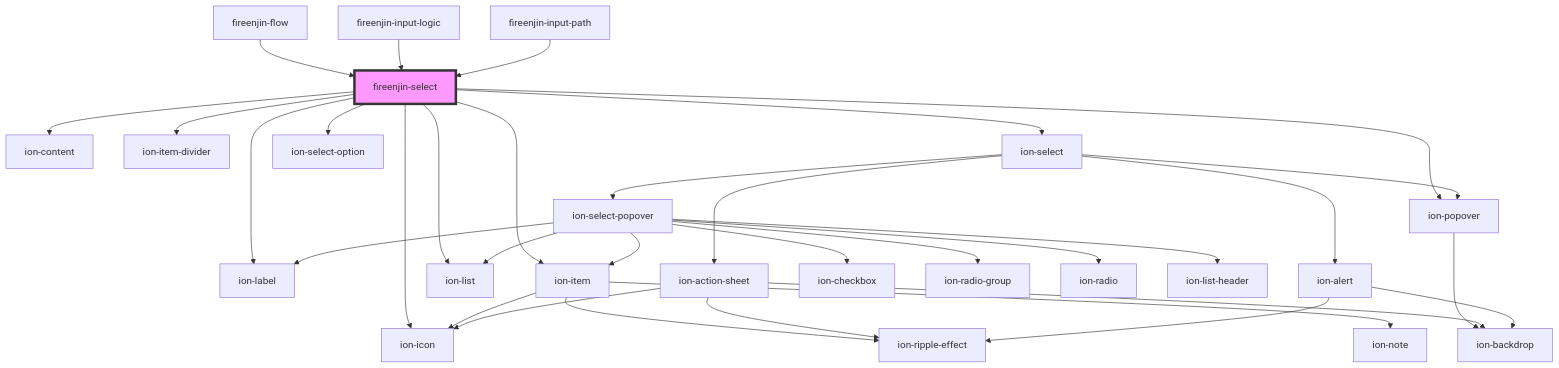
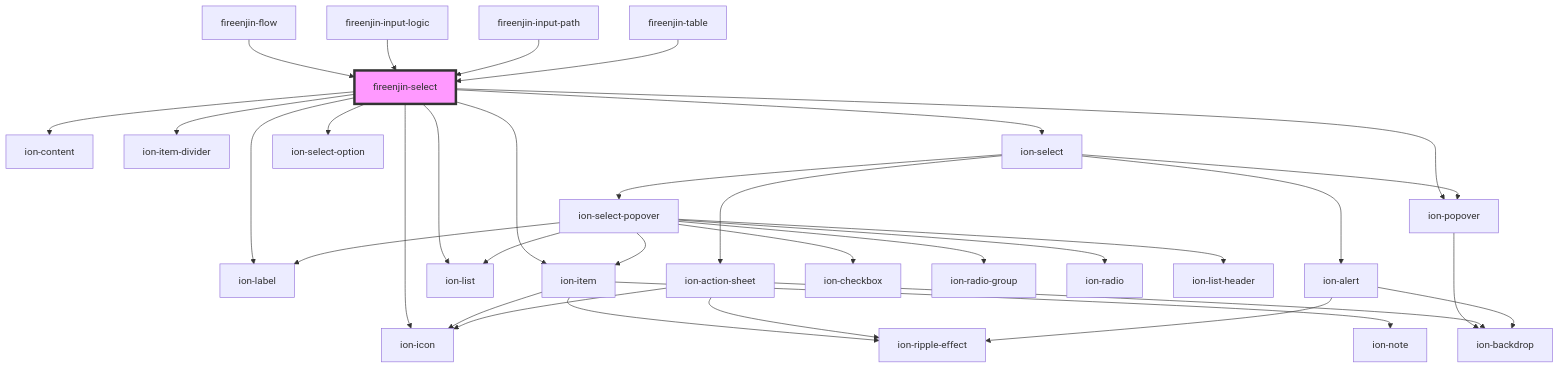
One commit to FireEnjin/Components changed the diagram in src/components/select/readme.md. Above: the diagram before and after it, drawn with Mermaid. The commit also changed other lines of this file and 15 other files, not shown here.

````diff
--- a/src/components/select/readme.md
+++ b/src/components/select/readme.md
@@ -73,36 +74,37 @@
 ```mermaid
 graph TD;
   fireenjin-select --> ion-label
   fireenjin-select --> ion-item
   fireenjin-select --> ion-popover
   fireenjin-select --> ion-content
   fireenjin-select --> ion-list
   fireenjin-select --> ion-item-divider
   fireenjin-select --> ion-select
   fireenjin-select --> ion-select-option
   fireenjin-select --> ion-icon
   ion-item --> ion-icon
   ion-item --> ion-ripple-effect
   ion-item --> ion-note
   ion-popover --> ion-backdrop
   ion-select --> ion-select-popover
   ion-select --> ion-popover
   ion-select --> ion-action-sheet
   ion-select --> ion-alert
   ion-select-popover --> ion-item
   ion-select-popover --> ion-checkbox
   ion-select-popover --> ion-label
   ion-select-popover --> ion-radio-group
   ion-select-popover --> ion-radio
   ion-select-popover --> ion-list
   ion-select-popover --> ion-list-header
   ion-action-sheet --> ion-backdrop
   ion-action-sheet --> ion-icon
   ion-action-sheet --> ion-ripple-effect
   ion-alert --> ion-ripple-effect
   ion-alert --> ion-backdrop
   fireenjin-flow --> fireenjin-select
   fireenjin-input-logic --> fireenjin-select
   fireenjin-input-path --> fireenjin-select
+  fireenjin-table --> fireenjin-select
   style fireenjin-select fill:#f9f,stroke:#333,stroke-width:4px
 ```
````
